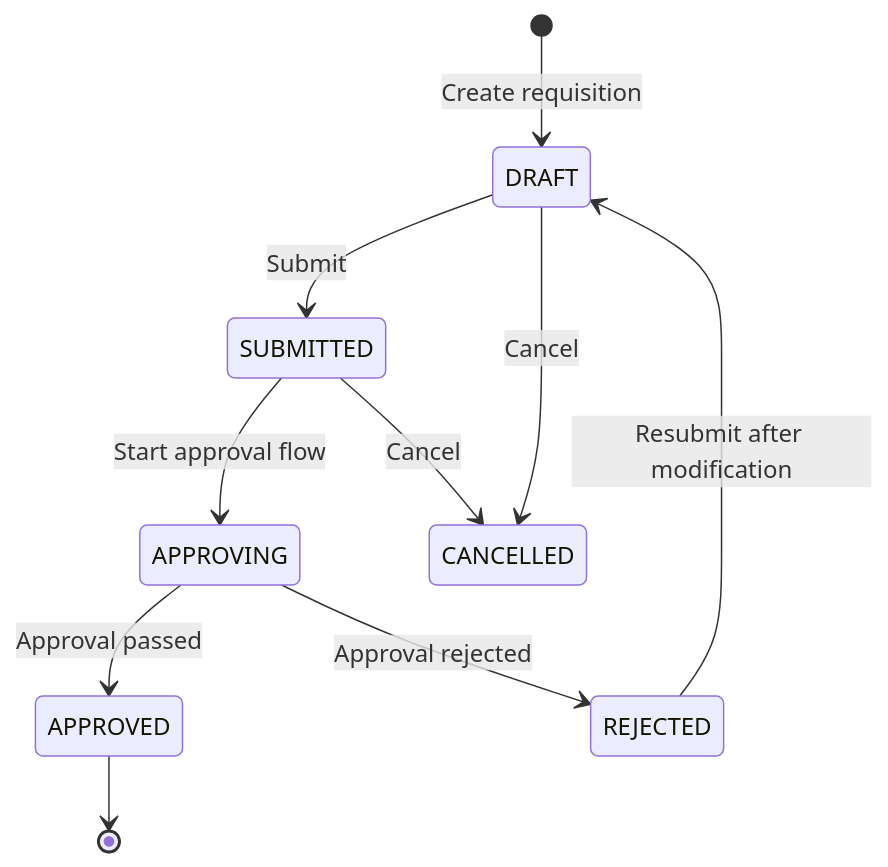
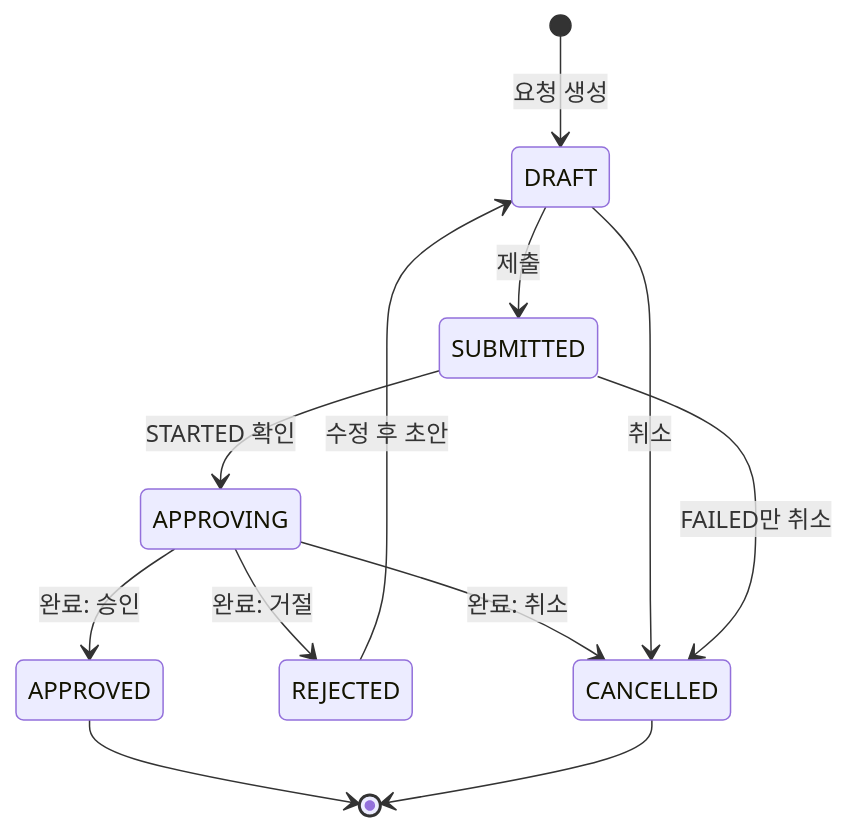
One commit to wang-baohai/Omni-Stack changed the third of 7 diagrams in docs/design/procurement-design.kr.md. Above: the diagram before and after it, drawn with Mermaid. The commit also changed other lines of this file and 1095 other files, not shown here.

````diff
--- a/docs/design/procurement-design.kr.md
+++ b/docs/design/procurement-design.kr.md
@@ -221,12 +220,14 @@
 ```mermaid
 stateDiagram-v2
-    [*] --> DRAFT: Create requisition
-    DRAFT --> SUBMITTED: Submit
-    SUBMITTED --> APPROVING: Start approval flow
-    APPROVING --> APPROVED: Approval passed
-    APPROVING --> REJECTED: Approval rejected
-    DRAFT --> CANCELLED: Cancel
-    SUBMITTED --> CANCELLED: Cancel
+    [*] --> DRAFT: 요청 생성
+    DRAFT --> SUBMITTED: 제출
+    SUBMITTED --> APPROVING: STARTED 확인
+    APPROVING --> APPROVED: 완료: 승인
+    APPROVING --> REJECTED: 완료: 거절
+    APPROVING --> CANCELLED: 완료: 취소
+    DRAFT --> CANCELLED: 취소
+    SUBMITTED --> CANCELLED: FAILED만 취소
+    REJECTED --> DRAFT: 수정 후 초안
     APPROVED --> [*]
-    REJECTED --> DRAFT: Resubmit after modification
+    CANCELLED --> [*]
 ```
````
